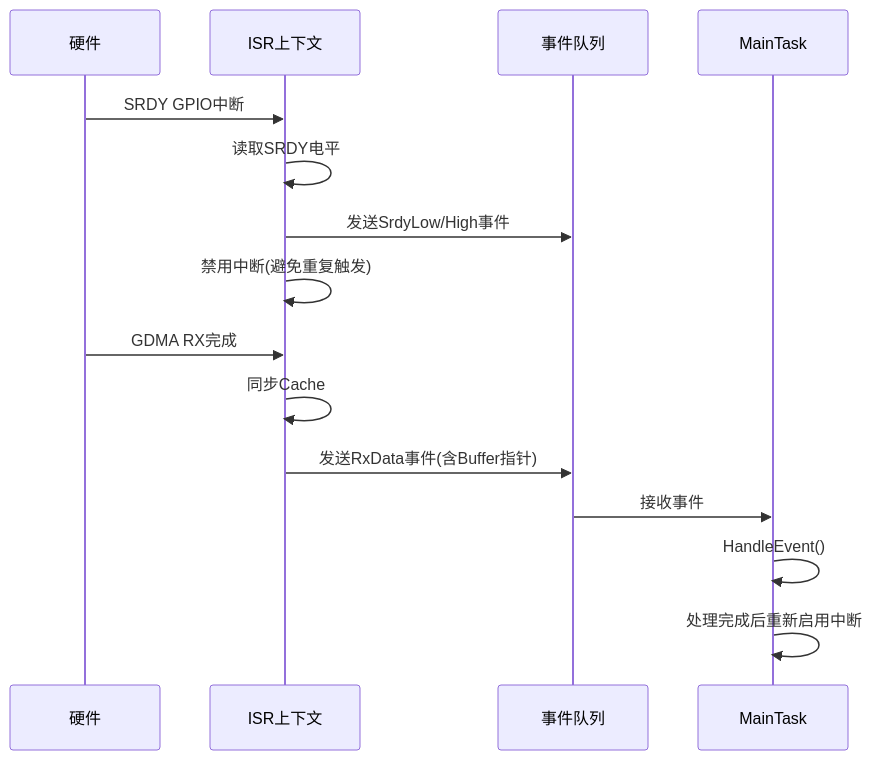
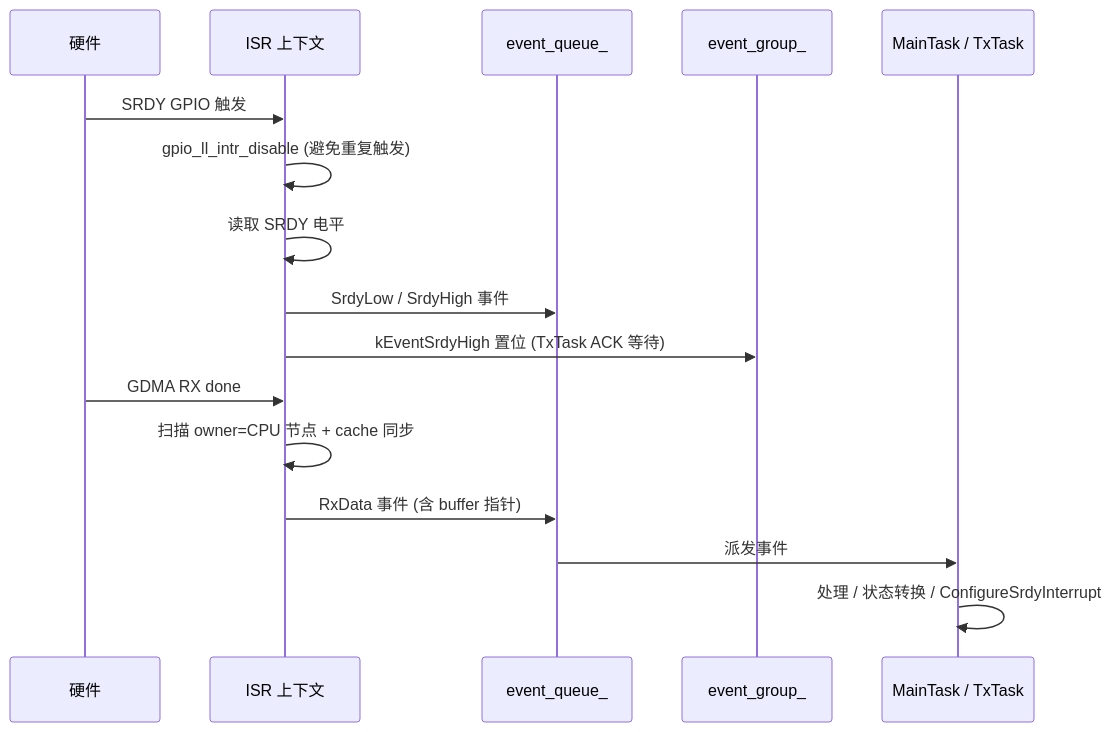
Diagram 12 of 22 in WORKING_PRINCIPLE.md (78/uart-eth-modem), drawn with Mermaid before and after one commit. The commit also changed other lines of this file and 2 other files, not shown here.

````diff
--- a/WORKING_PRINCIPLE.md
+++ b/WORKING_PRINCIPLE.md
@@ -475,20 +462,21 @@
 ```mermaid
 sequenceDiagram
     participant HW as 硬件
-    participant ISR as ISR上下文
-    participant QUEUE as 事件队列
-    participant TASK as MainTask
-    
-    HW->>ISR: SRDY GPIO中断
-    ISR->>ISR: 读取SRDY电平
-    ISR->>QUEUE: 发送SrdyLow/High事件
-    ISR->>ISR: 禁用中断(避免重复触发)
-    
-    HW->>ISR: GDMA RX完成
-    ISR->>ISR: 同步Cache
-    ISR->>QUEUE: 发送RxData事件(含Buffer指针)
-    
-    QUEUE->>TASK: 接收事件
-    TASK->>TASK: HandleEvent()
-    TASK->>TASK: 处理完成后重新启用中断
+    participant ISR as ISR 上下文
+    participant QUEUE as event_queue_
+    participant EG as event_group_
+    participant TASK as MainTask / TxTask
+
+    HW->>ISR: SRDY GPIO 触发
+    ISR->>ISR: gpio_ll_intr_disable (避免重复触发)
+    ISR->>ISR: 读取 SRDY 电平
+    ISR->>QUEUE: SrdyLow / SrdyHigh 事件
+    ISR->>EG: kEventSrdyHigh 置位 (TxTask ACK 等待)
+
+    HW->>ISR: GDMA RX done
+    ISR->>ISR: 扫描 owner=CPU 节点 + cache 同步
+    ISR->>QUEUE: RxData 事件 (含 buffer 指针)
+
+    QUEUE->>TASK: 派发事件
+    TASK->>TASK: 处理 / 状态转换 / ConfigureSrdyInterrupt
 ```
````
